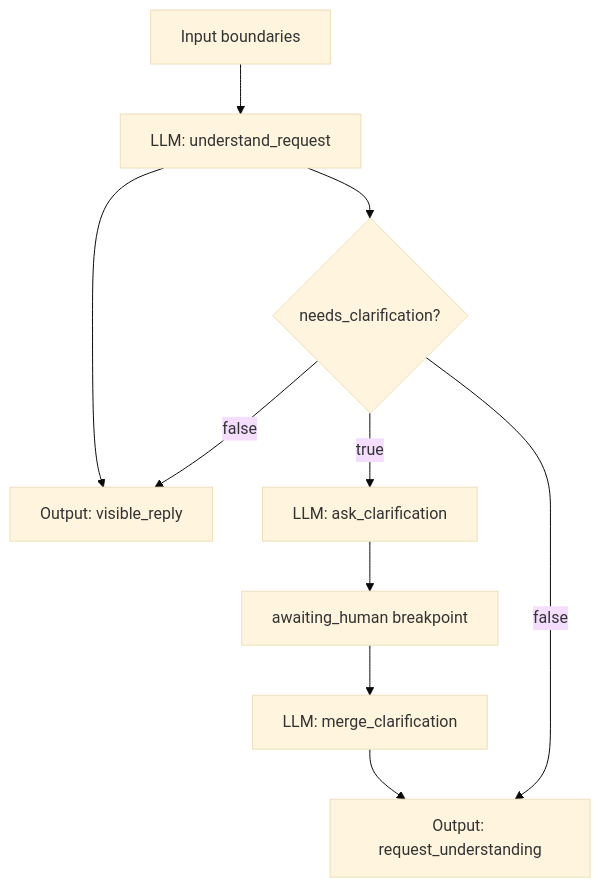
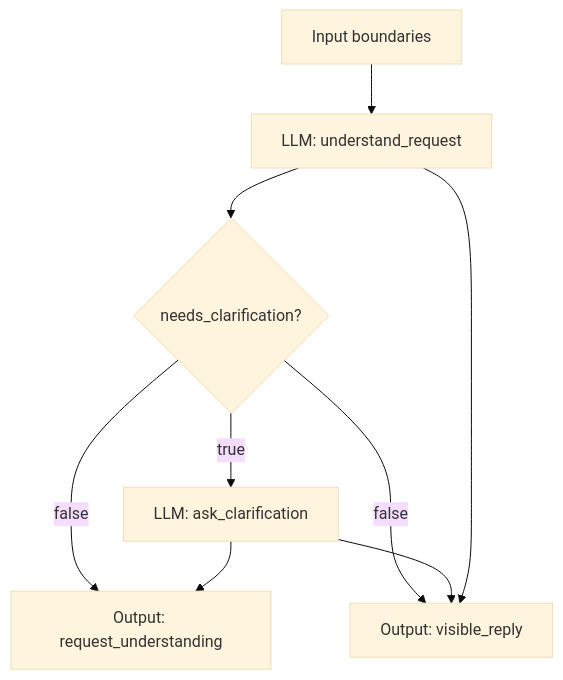
Before and after one commit to link-1069/TooGraph: the third of 7 diagrams in docs/future/buddy-autonomous-agent-roadmap.md, drawn with Mermaid (base theme). The commit also changed other lines of this file and 32 other files, not shown here.

````diff
--- a/docs/future/buddy-autonomous-agent-roadmap.md
+++ b/docs/future/buddy-autonomous-agent-roadmap.md
@@ -235,12 +234,11 @@
 ```mermaid
 flowchart TD
   A[Input boundaries] --> B[LLM: understand_request]
   B --> C{needs_clarification?}
   C -- false --> O1[Output: request_understanding]
   C -- false --> O2[Output: visible_reply]
   C -- true --> D[LLM: ask_clarification]
-  D --> P[awaiting_human breakpoint]
-  P --> E[LLM: merge_clarification]
-  E --> O1
+  D --> O1
+  D --> O2
   B --> O2
 ```
````
